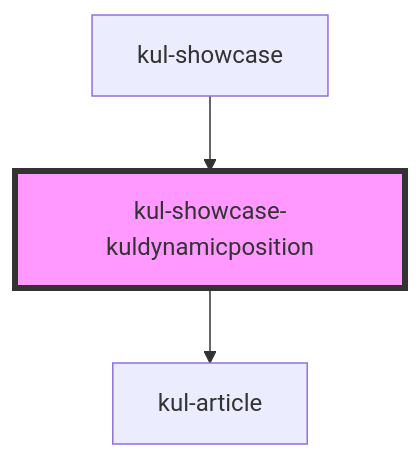
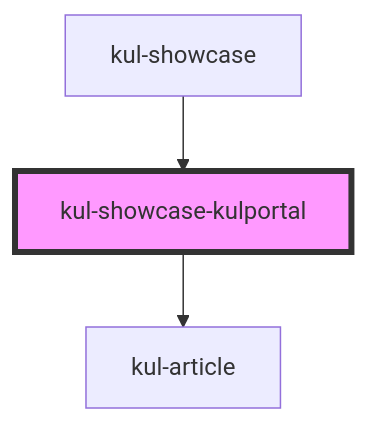
Before and after one commit to lucafoscili/ketchup-lite: the diagram in packages/ketchup-lite/src/components/kul-showcase/framework/portal/readme.md, drawn with Mermaid. The commit also changed 7 other files, not shown here.

````diff
--- a/packages/ketchup-lite/src/components/kul-showcase/framework/portal/readme.md
+++ b/packages/ketchup-lite/src/components/kul-showcase/framework/portal/readme.md
@@ -19,6 +19,6 @@
 ```mermaid
 graph TD;
-  kul-showcase-kuldynamicposition --> kul-article
-  kul-showcase --> kul-showcase-kuldynamicposition
-  style kul-showcase-kuldynamicposition fill:#f9f,stroke:#333,stroke-width:4px
+  kul-showcase-kulportal --> kul-article
+  kul-showcase --> kul-showcase-kulportal
+  style kul-showcase-kulportal fill:#f9f,stroke:#333,stroke-width:4px
 ```
````
